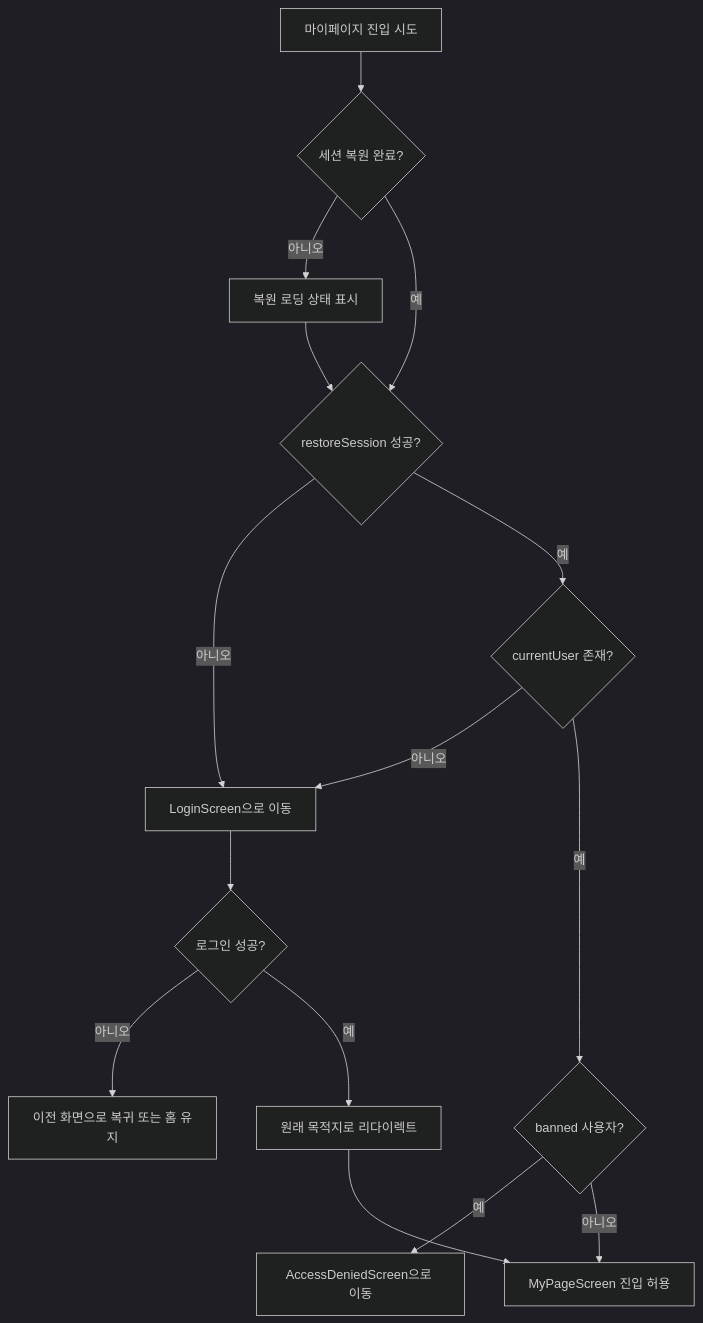
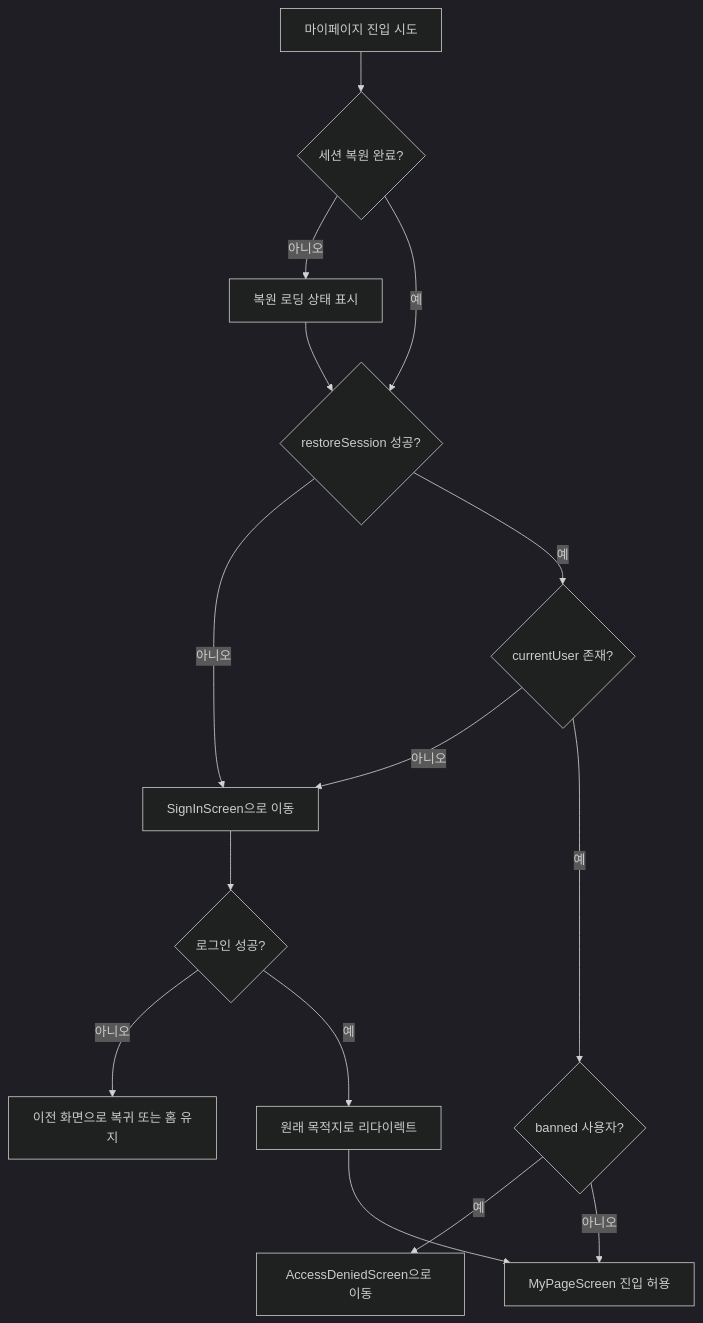
Before and after one commit to hhp227/ConCafe: the diagram in docs/ConCafe_구현_실행작업_백로그.md, drawn with Mermaid (dark theme). The commit also changed other lines of this file and 27 other files, not shown here.

````diff
--- a/docs/ConCafe_구현_실행작업_백로그.md
+++ b/docs/ConCafe_구현_실행작업_백로그.md
@@ -1006,17 +1006,17 @@
 ```mermaid
 flowchart TD
     A[마이페이지 진입 시도] --> B{세션 복원 완료?}
     B -- 아니오 --> C[복원 로딩 상태 표시]
     C --> D{restoreSession 성공?}
     B -- 예 --> D
-    D -- 아니오 --> L[LoginScreen으로 이동]
+    D -- 아니오 --> L[SignInScreen으로 이동]
     D -- 예 --> E{currentUser 존재?}
     E -- 아니오 --> L
     E -- 예 --> F{banned 사용자?}
     F -- 예 --> X[AccessDeniedScreen으로 이동]
     F -- 아니오 --> G[MyPageScreen 진입 허용]
     L --> M{로그인 성공?}
     M -- 아니오 --> N[이전 화면으로 복귀 또는 홈 유지]
     M -- 예 --> O[원래 목적지로 리다이렉트]
     O --> G
 ```
````
